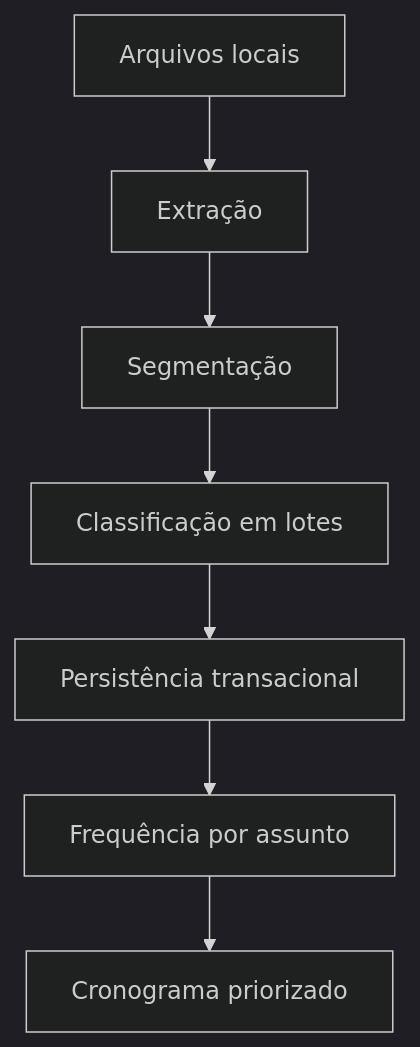
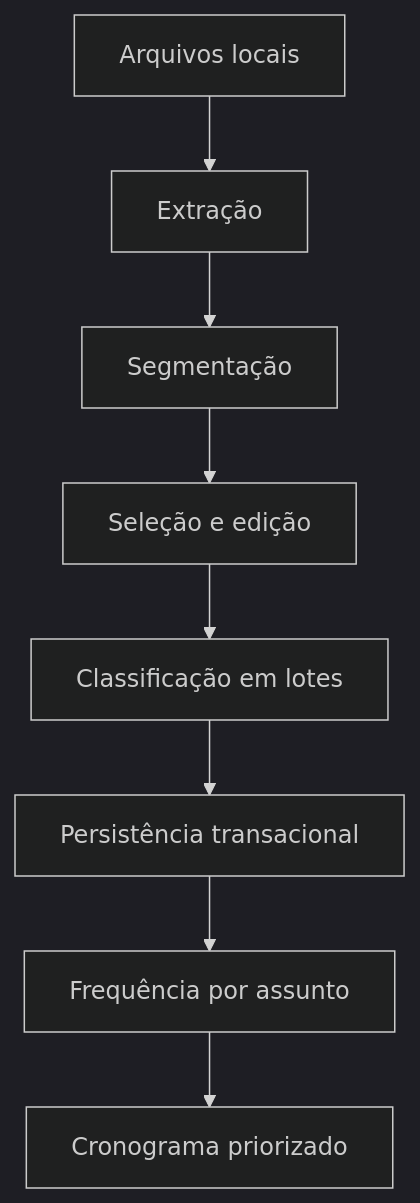
Before and after one commit to Johnny117-maker/plataforma-estudos-2: the diagram in docs/ARCHITECTURE.md, drawn with Mermaid (dark theme). The commit also changed other lines of this file and 8 other files, not shown here.

````diff
--- a/docs/ARCHITECTURE.md
+++ b/docs/ARCHITECTURE.md
@@ -13,9 +13,10 @@
 ```mermaid
 flowchart TD
   A[Arquivos locais] --> B[Extração]
   B --> C[Segmentação]
-  C --> D[Classificação em lotes]
-  D --> E[Persistência transacional]
-  E --> F[Frequência por assunto]
-  F --> G[Cronograma priorizado]
+  C --> D[Seleção e edição]
+  D --> E[Classificação em lotes]
+  E --> F[Persistência transacional]
+  F --> G[Frequência por assunto]
+  G --> H[Cronograma priorizado]
 ```
````
